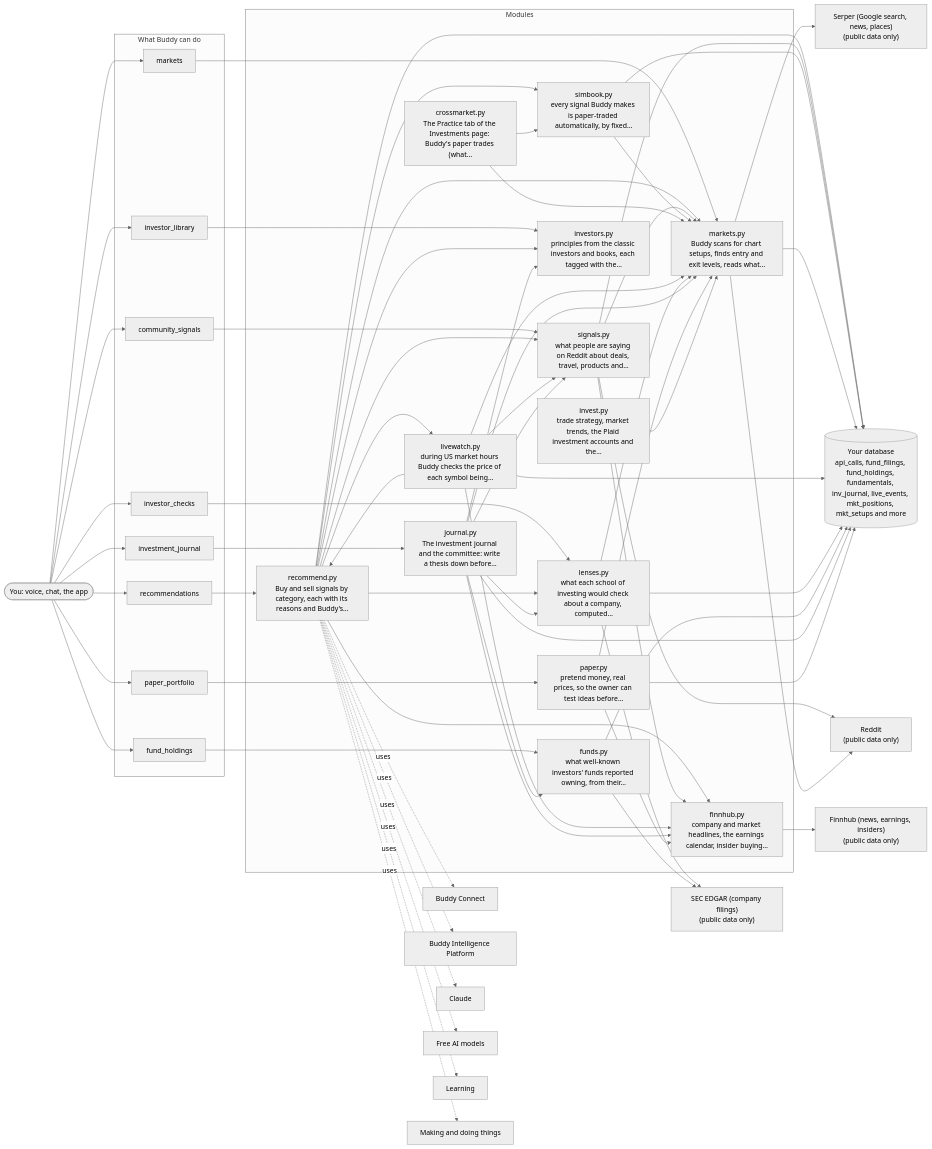
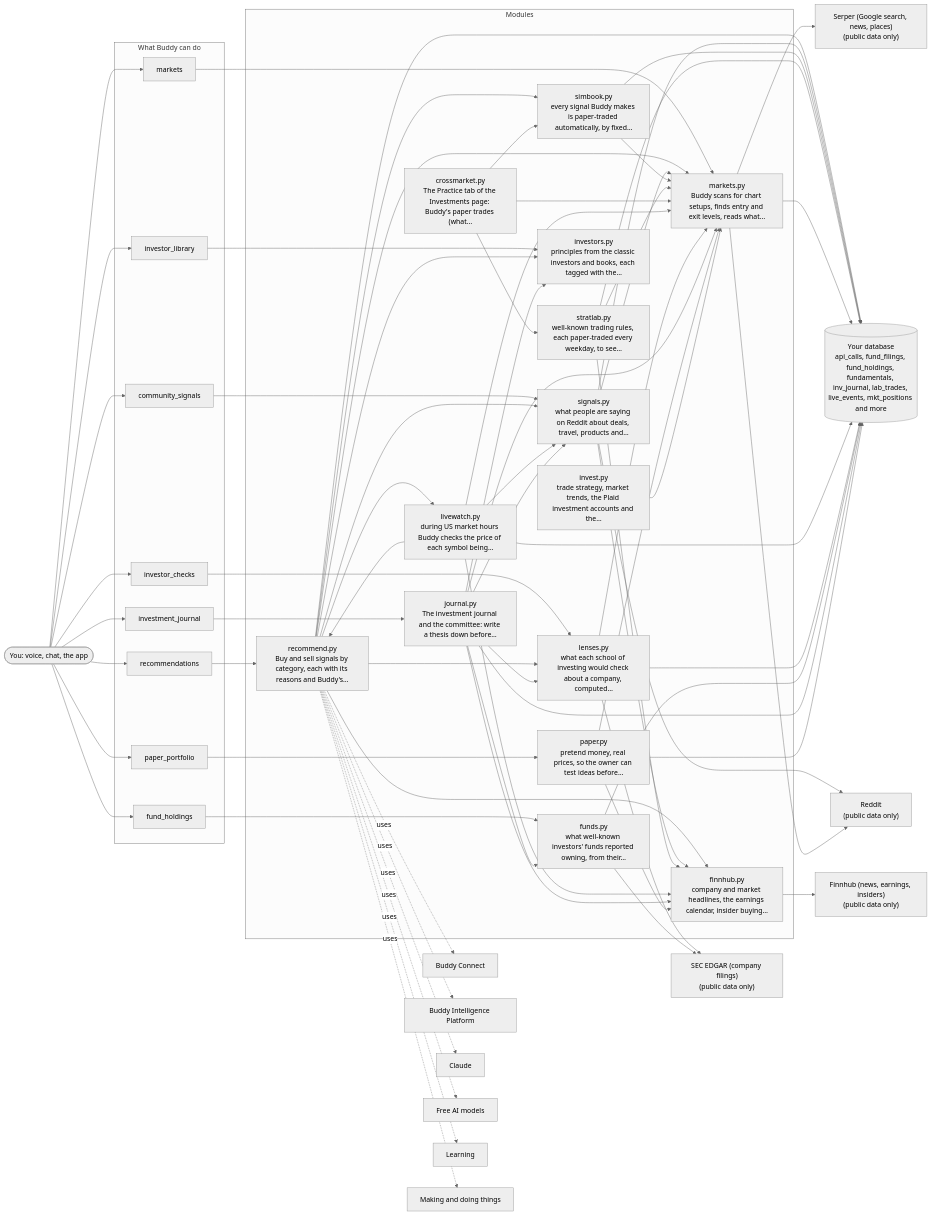
The diagram in docs/architecture/12-investing.md (aneesh304810/BuddyAgent), drawn with Mermaid (neutral theme) before and after one commit. The commit also changed other lines of this file and 13 other files, not shown here.

First line of the commit message:
Strategy lab: six rule-based strategies that paper-trade every weekday

```diff
--- a/docs/architecture/12-investing.md
+++ b/docs/architecture/12-investing.md
@@ -21,6 +21,7 @@
         recommend_py["recommend.py<br/>Buy and sell signals by category, each with its reasons and Buddy's…"]
         signals_py["signals.py<br/>what people are saying on Reddit about deals, travel, products and…"]
         simbook_py["simbook.py<br/>every signal Buddy makes is paper-traded automatically, by fixed…"]
+        stratlab_py["stratlab.py<br/>well-known trading rules, each paper-traded every weekday, to see…"]
         crossmarket_py["crossmarket.py<br/>The Practice tab of the Investments page: Buddy's paper trades (what…"]
         markets_py["markets.py<br/>Buddy scans for chart setups, finds entry and exit levels, reads what…"]
         livewatch_py["livewatch.py<br/>during US market hours Buddy checks the price of each symbol being…"]
@@ -58,8 +59,11 @@
     signals_py --> finnhub_py
     signals_py --> markets_py
     simbook_py --> markets_py
+    stratlab_py --> finnhub_py
+    stratlab_py --> markets_py
     crossmarket_py --> markets_py
     crossmarket_py --> simbook_py
+    crossmarket_py --> stratlab_py
     livewatch_py --> finnhub_py
     livewatch_py --> markets_py
     livewatch_py --> recommend_py
@@ -74,10 +78,11 @@
     paper_py --> finnhub_py
     paper_py --> markets_py
     invest_py --> markets_py
-    db[("Your database<br/>api_calls, fund_filings, fund_holdings, fundamentals, inv_journal, live_events, mkt_positions, mkt_setups and more")]
+    db[("Your database<br/>api_calls, fund_filings, fund_holdings, fundamentals, inv_journal, lab_trades, live_events, mkt_positions and more")]
     recommend_py --> db
     signals_py --> db
     simbook_py --> db
+    stratlab_py --> db
     markets_py --> db
     livewatch_py --> db
     lenses_py --> db
```
